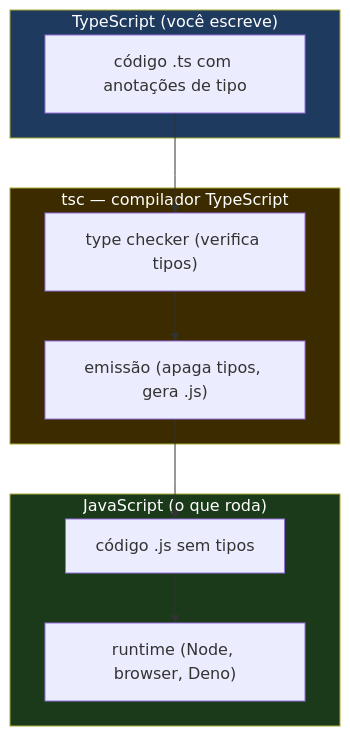
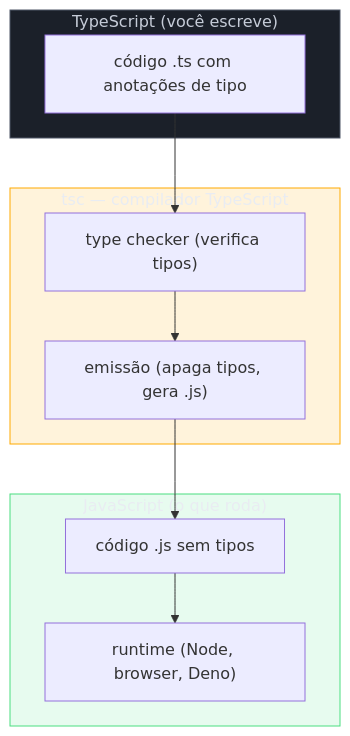
One commit to josenaldo/codex-technomanticus changed the first of 3 diagrams in 03-Dominios/Tecnologia/TypeScript/01 - O que é TypeScript - gradual, estrutural, apagado.md. Above: the diagram before and after it, drawn with Mermaid. The commit also changed other lines of this file and 1181 other files, not shown here.

First line of the commit message:
fix(diagramas): paleta do sistema no lugar de cor cravada no markdown

````diff
--- a/03-Dominios/Tecnologia/TypeScript/01 - O que é TypeScript - gradual, estrutural, apagado.md
+++ b/03-Dominios/Tecnologia/TypeScript/01 - O que é TypeScript - gradual, estrutural, apagado.md
@@ -49,23 +49,26 @@
 ```mermaid
 flowchart TD
+    classDef neutro fill:#1B2029,stroke:#4E5666,color:#C6CCD8
+    classDef destaque fill:#FFAA0024,stroke:#FFAA00,color:#E9ECF2
+    classDef ok fill:#4ADE8021,stroke:#4ADE80,color:#E9ECF2
     subgraph TS["TypeScript (você escreve)"]
         CODE["código .ts com anotações de tipo"]
     end
     subgraph TSC["tsc — compilador TypeScript"]
         TC["type checker (verifica tipos)"]
         EMIT["emissão (apaga tipos, gera .js)"]
         TC --> EMIT
     end
     subgraph JS["JavaScript (o que roda)"]
         JSOUT["código .js sem tipos"]
         RUNTIME["runtime (Node, browser, Deno)"]
         JSOUT --> RUNTIME
     end
 
     CODE --> TC
     EMIT --> JSOUT
 
-    style TS fill:#1e3a5f,color:#fff
-    style TSC fill:#3d2b00,color:#fff
-    style JS fill:#1a3a1a,color:#fff
+    class TS neutro
+    class TSC destaque
+    class JS ok
 ```
````
